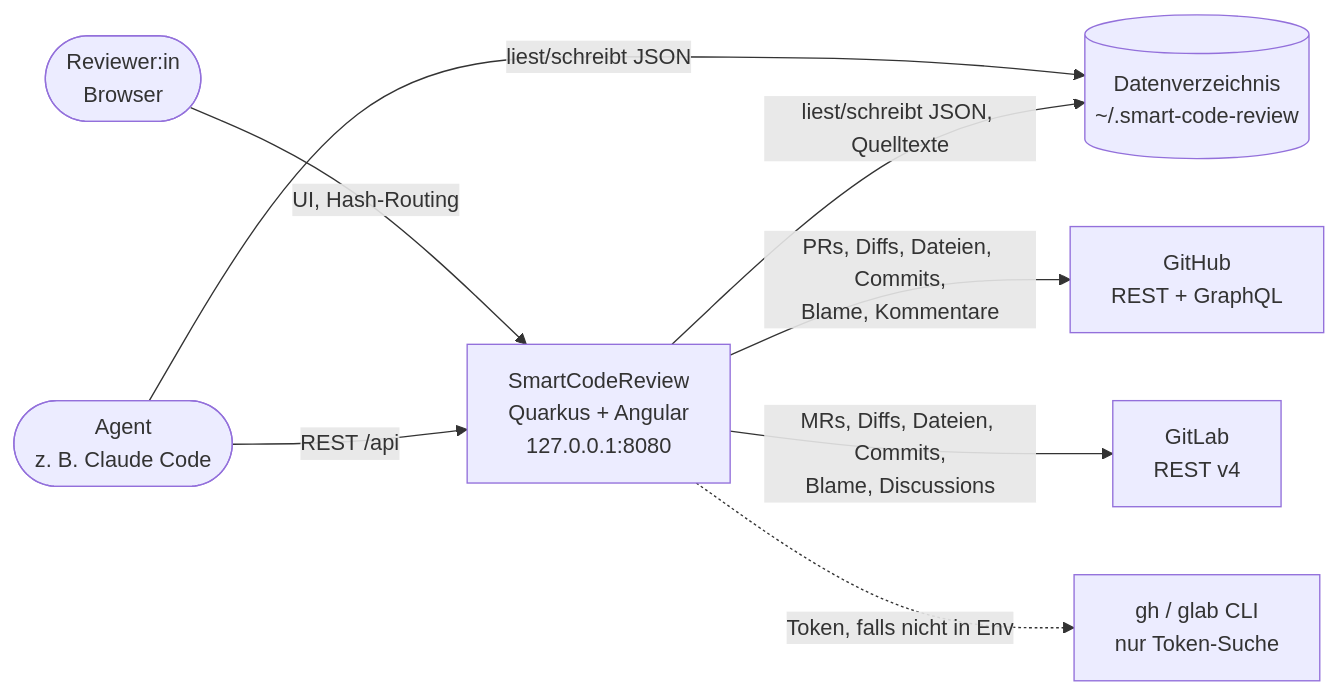
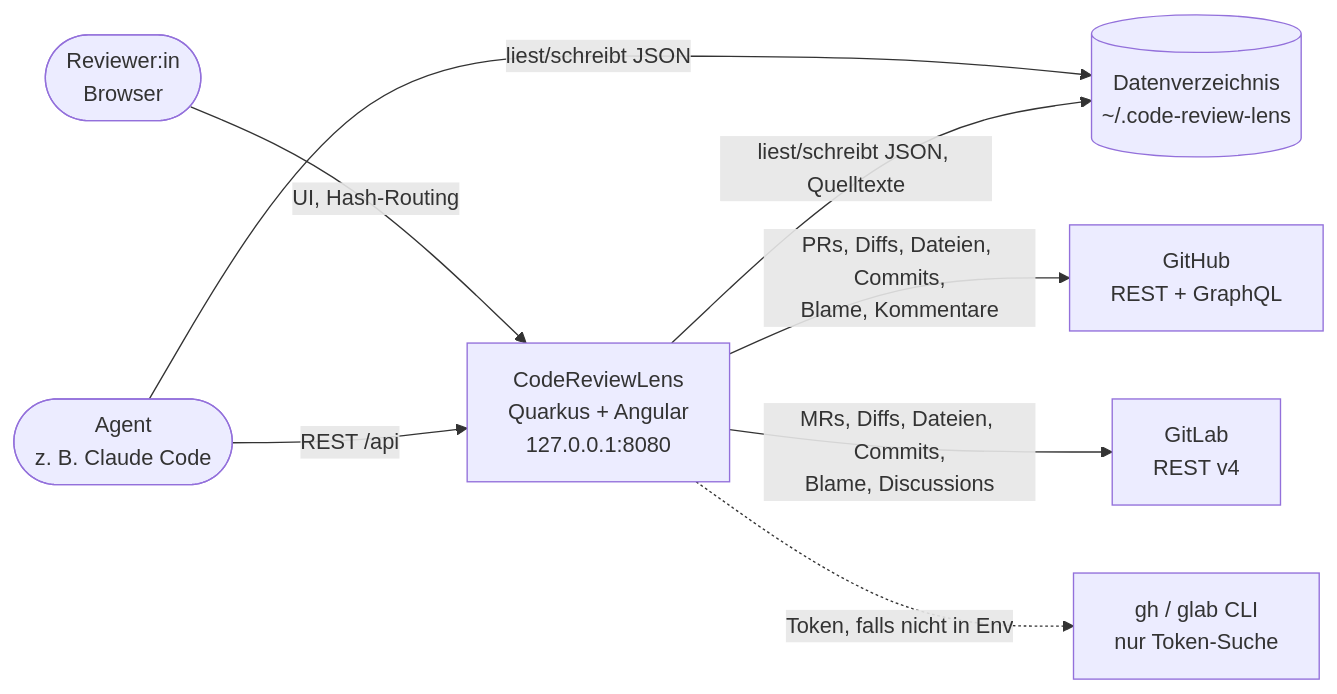
Before and after one commit to cyrilleulmi/code-review-lens: the first of 6 diagrams in docs/09-architektur-ueberblick.md, drawn with Mermaid. The commit also changed other lines of this file and 208 other files, not shown here.

First line of the commit message:
Rename the tool to CodeReviewLens

````diff
--- a/docs/09-architektur-ueberblick.md
+++ b/docs/09-architektur-ueberblick.md
@@ -34,18 +34,18 @@
 ```mermaid
 flowchart LR
     dev([Reviewer:in<br/>Browser])
     agent([Agent<br/>z. B. Claude Code])
-    scr[SmartCodeReview<br/>Quarkus + Angular<br/>127.0.0.1:8080]
-    fs[(Datenverzeichnis<br/>~/.smart-code-review)]
+    scr[CodeReviewLens<br/>Quarkus + Angular<br/>127.0.0.1:8080]
+    fs[(Datenverzeichnis<br/>~/.code-review-lens)]
     gh[GitHub<br/>REST + GraphQL]
     gl[GitLab<br/>REST v4]
     cli[gh / glab CLI<br/>nur Token-Suche]
 
     dev -- "UI, Hash-Routing" --> scr
     agent -- "REST /api" --> scr
     agent -- "liest/schreibt JSON" --> fs
     scr -- "liest/schreibt JSON, Quelltexte" --> fs
     scr -- "PRs, Diffs, Dateien, Commits,<br/>Blame, Kommentare" --> gh
     scr -- "MRs, Diffs, Dateien, Commits,<br/>Blame, Discussions" --> gl
     scr -. "Token, falls nicht in Env" .-> cli
 ```
````
